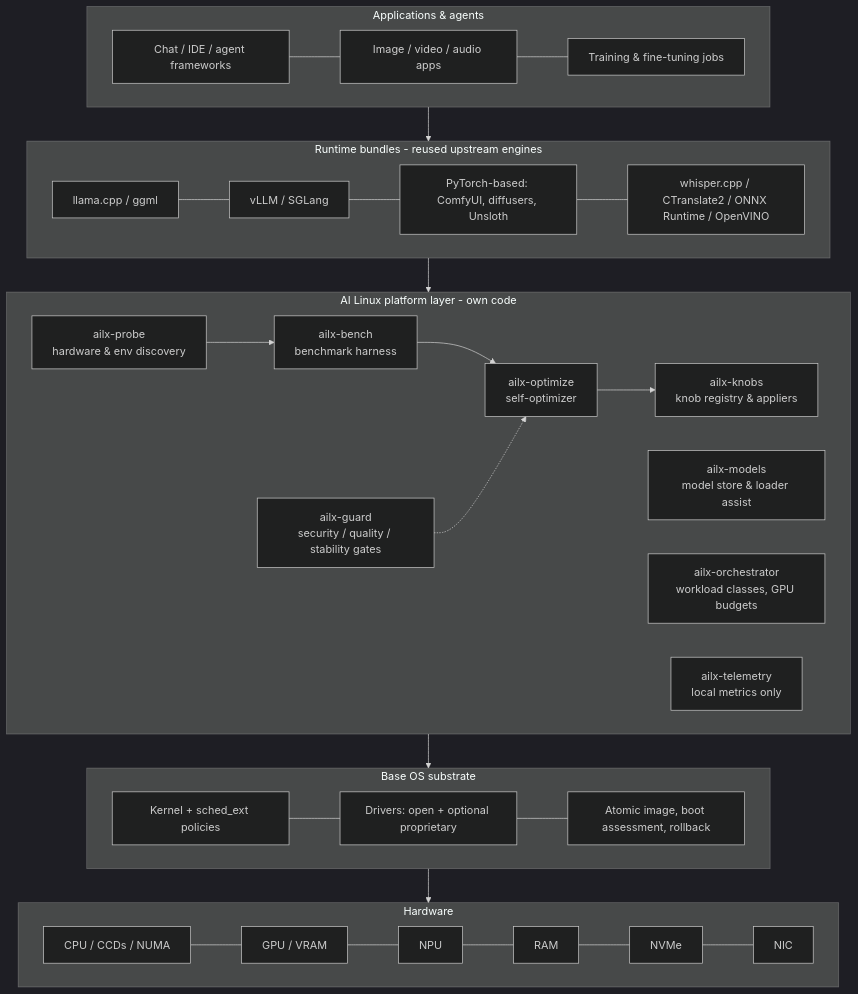
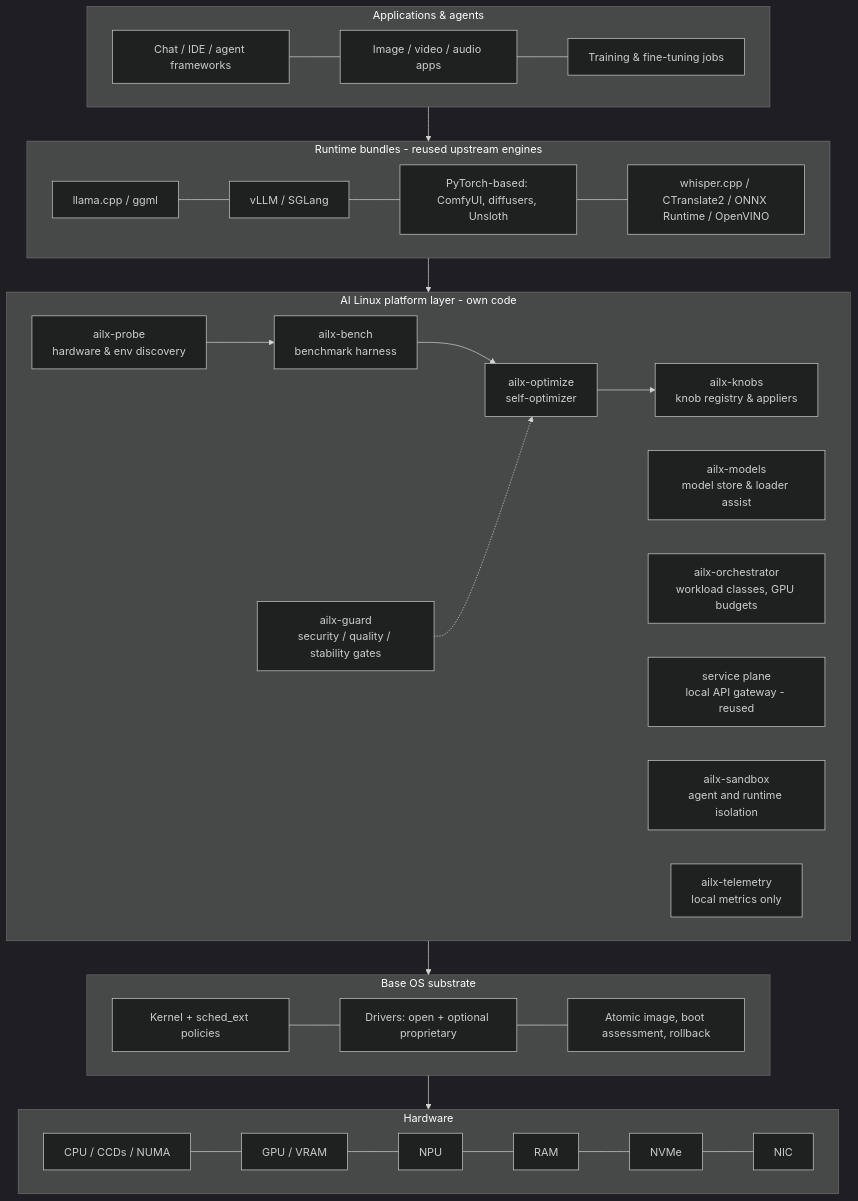
The diagram in docs/architecture/overview.md (GATGET-Security/Ai-linux), drawn with Mermaid (dark theme) before and after one commit. The commit also changed other lines of this file and 23 other files, not shown here.

First line of the commit message:
review: Phase 0.1 independent architecture review and executable Phase 1.1 spec

````diff
--- a/docs/architecture/overview.md
+++ b/docs/architecture/overview.md
@@ -43,25 +43,27 @@
 ```mermaid
 flowchart TB
   subgraph L4[Applications & agents]
     A1[Chat / IDE / agent frameworks] --- A2[Image / video / audio apps] --- A3[Training & fine-tuning jobs]
   end
   subgraph L3[Runtime bundles - reused upstream engines]
     R1[llama.cpp / ggml] --- R2[vLLM / SGLang] --- R3[PyTorch-based: ComfyUI, diffusers, Unsloth] --- R4[whisper.cpp / CTranslate2 / ONNX Runtime / OpenVINO]
   end
   subgraph L2[AI Linux platform layer - own code]
     P1[ailx-probe<br/>hardware & env discovery] --> P2[ailx-bench<br/>benchmark harness]
     P2 --> P3[ailx-optimize<br/>self-optimizer]
     P3 --> P4[ailx-knobs<br/>knob registry & appliers]
     P5[ailx-guard<br/>security / quality / stability gates] -.-> P3
     P6[ailx-models<br/>model store & loader assist]
     P7[ailx-orchestrator<br/>workload classes, GPU budgets]
+    P9[service plane<br/>local API gateway - reused]
+    P10[ailx-sandbox<br/>agent and runtime isolation]
     P8[ailx-telemetry<br/>local metrics only]
   end
   subgraph L1[Base OS substrate]
     B1[Kernel + sched_ext policies] --- B2[Drivers: open + optional proprietary] --- B3[Atomic image, boot assessment, rollback]
   end
   subgraph L0[Hardware]
     H1[CPU / CCDs / NUMA] --- H2[GPU / VRAM] --- H3[NPU] --- H4[RAM] --- H5[NVMe] --- H6[NIC]
   end
   L4 --> L3 --> L2 --> L1 --> L0
 ```
````
